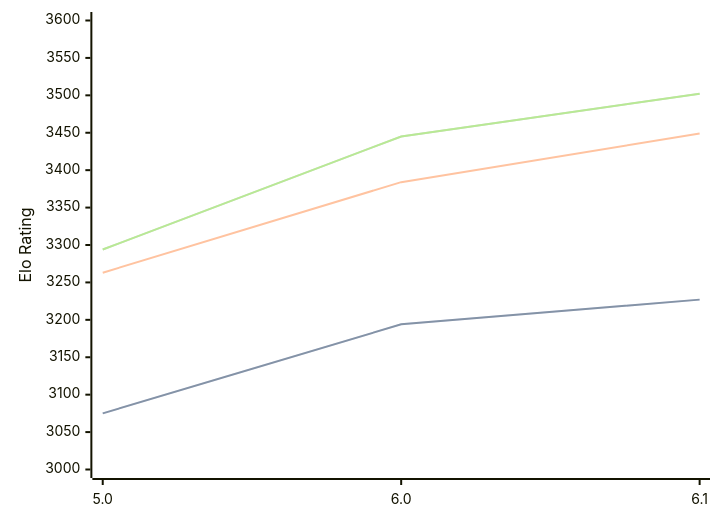
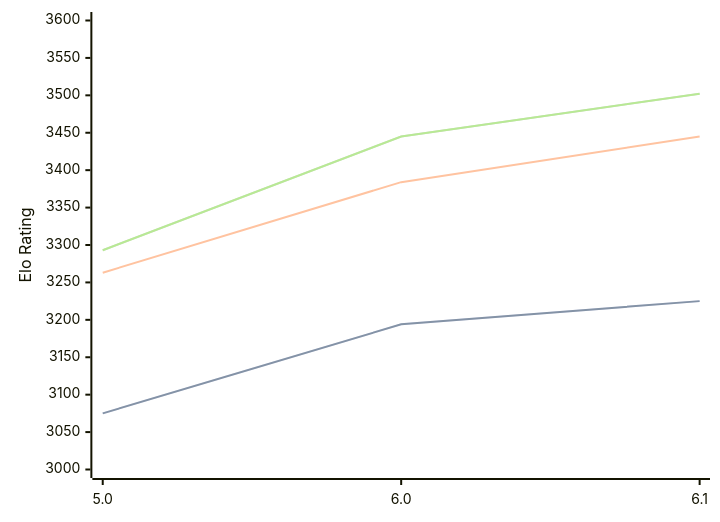
The diagram in engines/PZChessBot.md (computer-chess-index/cci), drawn with Mermaid before and after one commit. The commit also changed other lines of this file, not shown here.

Commit message:
Update CCI Ratings (ELO VLTC) - 2026-03-19

````diff
--- a/engines/PZChessBot.md
+++ b/engines/PZChessBot.md
@@ -40,11 +42,11 @@
 ```mermaid
 %%{init: {"theme":"base","themeVariables":{"seriesColors:['#a3a3a3','#222221','#faa371']}}}%%
 xychart-beta
   x-axis ["5.0", "6.0", "6.1"]
   y-axis "Elo Rating" 3000 --> 3600
-  line "STC (8.0+0.08s)" [3075, 3194, 3227]
-  line "STC (8.0+0.08s)" [3075, 3194, 3227]
-  line "LTC (60.0+0.60s)" [3263, 3384, 3449]
-  line "VLTC (2m24s+1.12s)" [3294, 3445, 3502]
-  line "VLTC (2m24s+1.12s)" [3294, 3445, 3502]
+  line "STC (8.0+0.08s)" [3075, 3194, 3225]
+  line "STC (8.0+0.08s)" [3075, 3194, 3225]
+  line "LTC (60.0+0.60s)" [3263, 3384, 3445]
+  line "VLTC (2m24s+1.12s)" [3293, 3445, 3502]
+  line "VLTC (2m24s+1.12s)" [3293, 3445, 3502]
 ```
````
